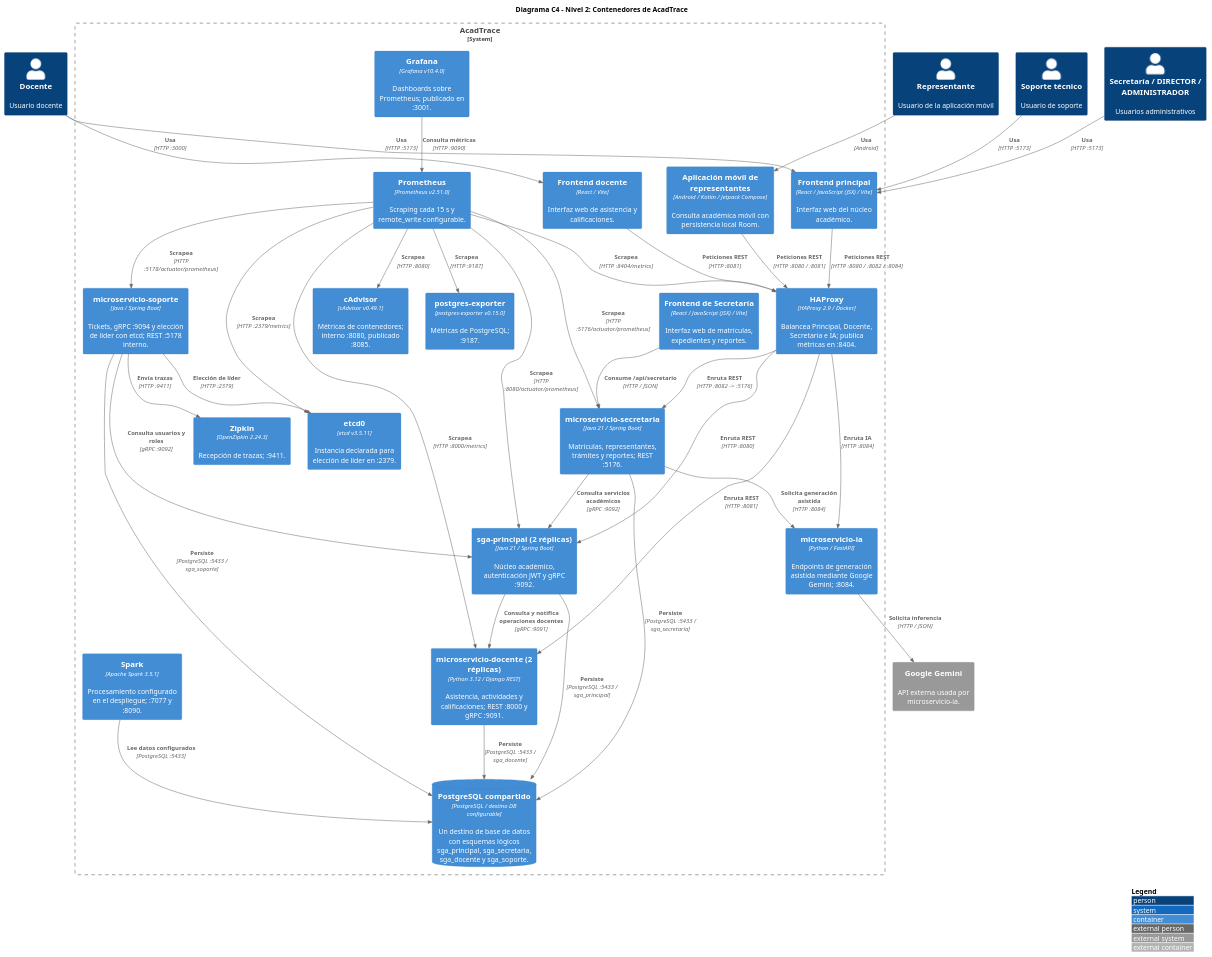
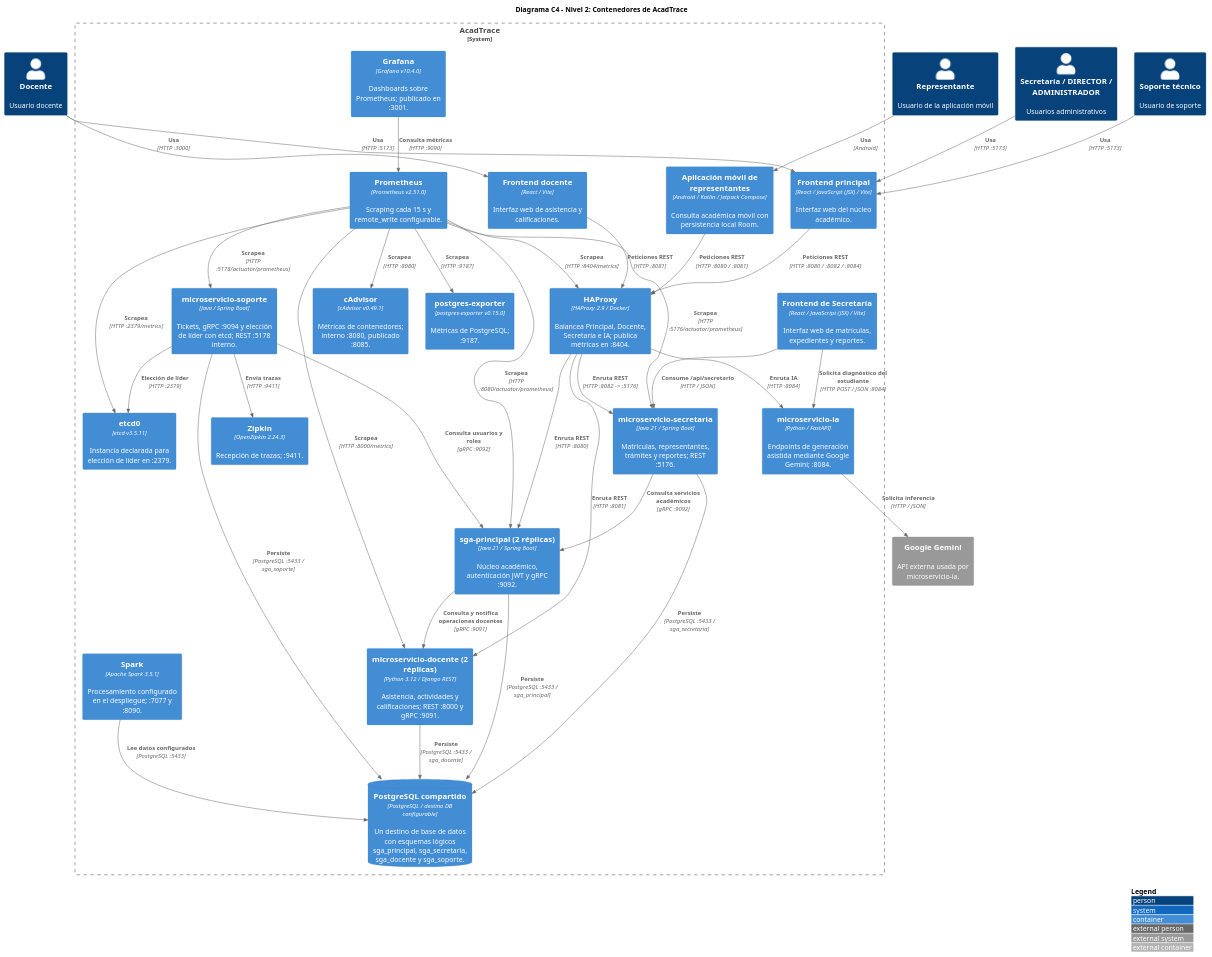
The diagram in docs/diagrams/c4_nivel2_contenedores.puml (gleiston-guerrero/acadtrace), drawn with PlantUML before and after one commit. The commit also changed 3 other files, not shown here.

```diff
--- a/docs/diagrams/c4_nivel2_contenedores.puml
+++ b/docs/diagrams/c4_nivel2_contenedores.puml
@@ -1,76 +1,76 @@
 @startuml C4_Nivel2_Contenedores
 !include https://raw.githubusercontent.com/plantuml-stdlib/C4-PlantUML/v2.12.0/C4_Container.puml
 
 LAYOUT_WITH_LEGEND()
 title Diagrama C4 - Nivel 2: Contenedores de AcadTrace
 
 Person(docente, "Docente", "Usuario docente")
 Person(representante, "Representante", "Usuario de la aplicación móvil")
 Person(administrativo, "Secretaría / DIRECTOR / ADMINISTRADOR", "Usuarios administrativos")
 Person(soporte_usuario, "Soporte técnico", "Usuario de soporte")
 
 System_Boundary(acadtrace, "AcadTrace") {
     Container(app_movil, "Aplicación móvil de representantes", "Android / Kotlin / Jetpack Compose", "Consulta académica móvil con persistencia local Room.")
     Container(web_principal, "Frontend principal", "React / JavaScript (JSX) / Vite", "Interfaz web del núcleo académico.")
     Container(web_docente, "Frontend docente", "React / Vite", "Interfaz web de asistencia y calificaciones.")
     Container(web_secretaria, "Frontend de Secretaría", "React / JavaScript (JSX) / Vite", "Interfaz web de matrículas, expedientes y reportes.")
     Container(haproxy, "HAProxy", "HAProxy 2.9 / Docker", "Balancea Principal, Docente, Secretaría e IA; publica métricas en :8404.")
 
     Container(sga_principal, "sga-principal (2 réplicas)", "Java 21 / Spring Boot", "Núcleo académico, autenticación JWT y gRPC :9092.")
     Container(ms_docente, "microservicio-docente (2 réplicas)", "Python 3.12 / Django REST", "Asistencia, actividades y calificaciones; REST :8000 y gRPC :9091.")
     Container(ms_secretaria, "microservicio-secretaria", "Java 21 / Spring Boot", "Matrículas, representantes, trámites y reportes; REST :5176.")
     Container(ms_soporte, "microservicio-soporte", "Java / Spring Boot", "Tickets, gRPC :9094 y elección de líder con etcd; REST :5178 interno.")
     Container(ms_ia, "microservicio-ia", "Python / FastAPI", "Endpoints de generación asistida mediante Google Gemini; :8084.")
 
     ContainerDb(postgres, "PostgreSQL compartido", "PostgreSQL / destino DB configurable", "Un destino de base de datos con esquemas lógicos sga_principal, sga_secretaria, sga_docente y sga_soporte.")
     Container(etcd, "etcd0", "etcd v3.5.11", "Instancia declarada para elección de líder en :2379.")
     Container(prometheus, "Prometheus", "Prometheus v2.51.0", "Scraping cada 15 s y remote_write configurable.")
     Container(grafana, "Grafana", "Grafana v10.4.0", "Dashboards sobre Prometheus; publicado en :3001.")
     Container(cadvisor, "cAdvisor", "cAdvisor v0.49.1", "Métricas de contenedores; interno :8080, publicado :8085.")
     Container(postgres_exporter, "postgres-exporter", "postgres-exporter v0.15.0", "Métricas de PostgreSQL; :9187.")
     Container(zipkin, "Zipkin", "OpenZipkin 2.24.3", "Recepción de trazas; :9411.")
     Container(spark, "Spark", "Apache Spark 3.5.1", "Procesamiento configurado en el despliegue; :7077 y :8090.")
 }
 
 System_Ext(gemini, "Google Gemini", "API externa usada por microservicio-ia.")
 
 Rel(docente, web_principal, "Usa", "HTTP :5173")
 Rel(docente, web_docente, "Usa", "HTTP :3000")
 Rel(representante, app_movil, "Usa", "Android")
 Rel(administrativo, web_principal, "Usa", "HTTP :5173")
 Rel(soporte_usuario, web_principal, "Usa", "HTTP :5173")
 
 Rel(app_movil, haproxy, "Peticiones REST", "HTTP :8080 / :8081")
 Rel(web_principal, haproxy, "Peticiones REST", "HTTP :8080 / :8082 / :8084")
 Rel(web_docente, haproxy, "Peticiones REST", "HTTP :8081")
 Rel(web_secretaria, ms_secretaria, "Consume /api/secretario", "HTTP / JSON")
 
 Rel(haproxy, sga_principal, "Enruta REST", "HTTP :8080")
 Rel(haproxy, ms_docente, "Enruta REST", "HTTP :8081")
 Rel(haproxy, ms_secretaria, "Enruta REST", "HTTP :8082 -> :5176")
 Rel(haproxy, ms_ia, "Enruta IA", "HTTP :8084")
 Rel(ms_soporte, sga_principal, "Consulta usuarios y roles", "gRPC :9092")
 Rel(sga_principal, ms_docente, "Consulta y notifica operaciones docentes", "gRPC :9091")
 Rel(ms_secretaria, sga_principal, "Consulta servicios académicos", "gRPC :9092")
-Rel(ms_secretaria, ms_ia, "Solicita generación asistida", "HTTP :8084")
+Rel(web_secretaria, ms_ia, "Solicita diagnóstico del estudiante", "HTTP POST / JSON :8084")
 Rel(ms_ia, gemini, "Solicita inferencia", "HTTP / JSON")
 
 Rel(sga_principal, postgres, "Persiste", "PostgreSQL :5433 / sga_principal")
 Rel(ms_secretaria, postgres, "Persiste", "PostgreSQL :5433 / sga_secretaria")
 Rel(ms_docente, postgres, "Persiste", "PostgreSQL :5433 / sga_docente")
 Rel(ms_soporte, postgres, "Persiste", "PostgreSQL :5433 / sga_soporte")
 Rel(ms_soporte, etcd, "Elección de líder", "HTTP :2379")
 
 Rel(prometheus, sga_principal, "Scrapea", "HTTP :8080/actuator/prometheus")
 Rel(prometheus, ms_docente, "Scrapea", "HTTP :8000/metrics")
 Rel(prometheus, ms_secretaria, "Scrapea", "HTTP :5176/actuator/prometheus")
 Rel(prometheus, ms_soporte, "Scrapea", "HTTP :5178/actuator/prometheus")
 Rel(prometheus, haproxy, "Scrapea", "HTTP :8404/metrics")
 Rel(prometheus, etcd, "Scrapea", "HTTP :2379/metrics")
 Rel(prometheus, cadvisor, "Scrapea", "HTTP :8080")
 Rel(prometheus, postgres_exporter, "Scrapea", "HTTP :9187")
 Rel(grafana, prometheus, "Consulta métricas", "HTTP :9090")
 Rel(ms_soporte, zipkin, "Envía trazas", "HTTP :9411")
 Rel(spark, postgres, "Lee datos configurados", "PostgreSQL :5433")
 
 @enduml
```
